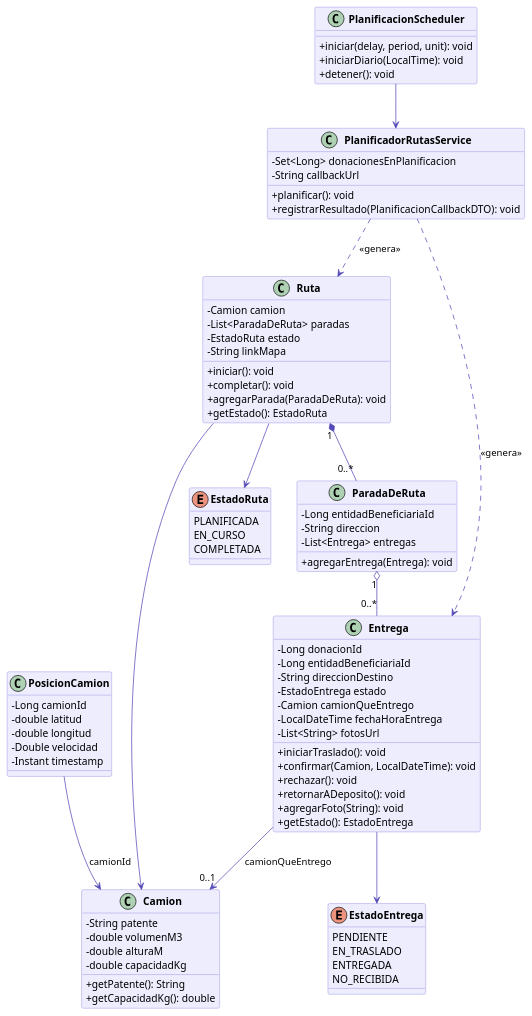
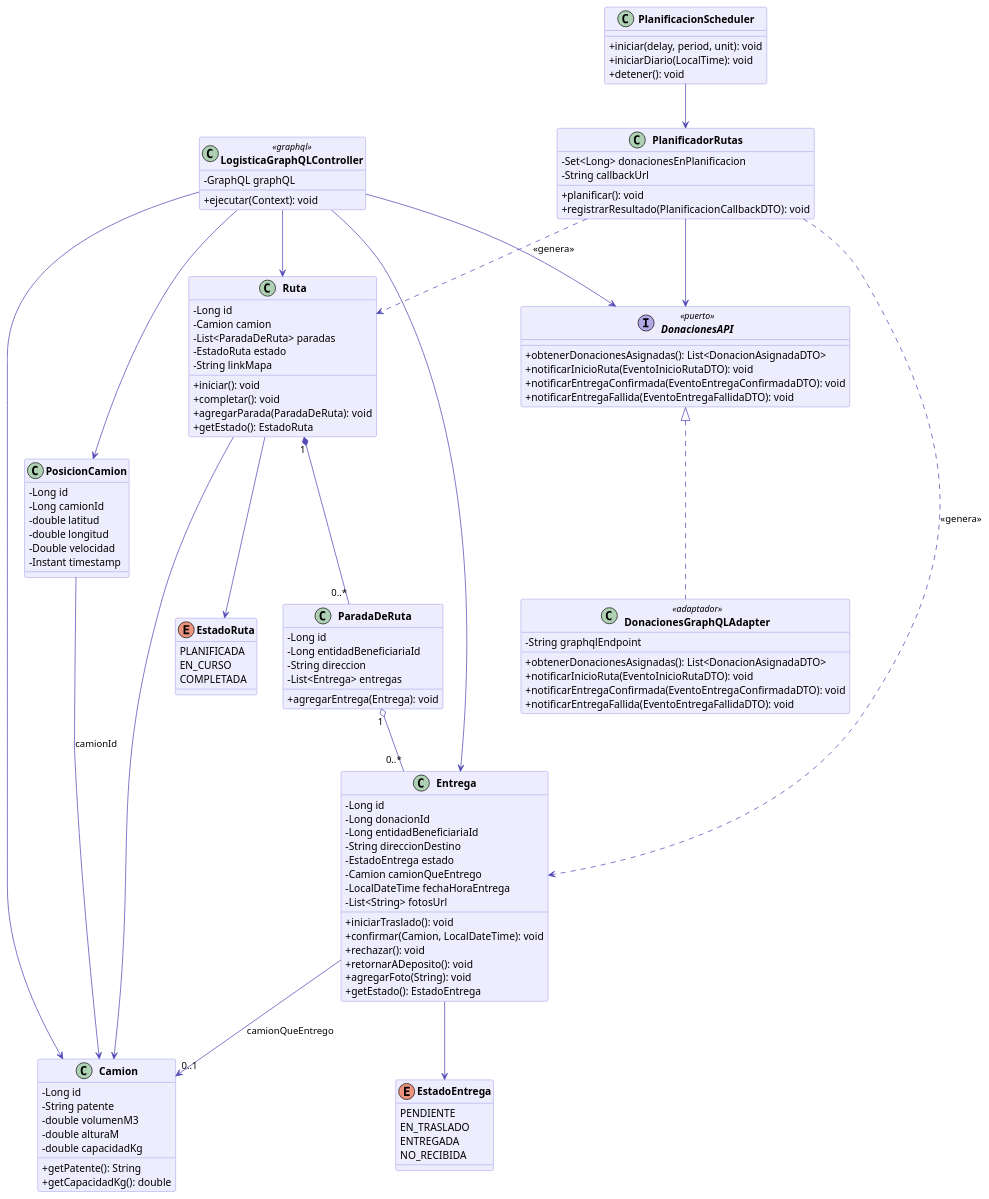
One commit to ConstanzaSerra/tpa-entrega-1 changed the diagram in docs/diagrama-clases-logistica.puml. Above: the diagram before and after it, drawn with PlantUML. The commit also changed 64 other files, not shown here.

```diff
--- a/docs/diagrama-clases-logistica.puml
+++ b/docs/diagrama-clases-logistica.puml
@@ -1,125 +1,158 @@
-@startuml DonaTrack - Diagrama de Clases - Logistica
+@startuml DonaTrack - Diagrama de Clases - Logistica (Entrega 4)
 
 skinparam classAttributeIconSize 0
 skinparam classFontStyle bold
 skinparam classBackgroundColor #EEEDFE
 skinparam classBorderColor #7F77DD
 skinparam classArrowColor #534AB7
 skinparam stereotypeCBackgroundColor #E1F5EE
 skinparam stereotypeABackgroundColor #FAEEDA
 skinparam noteBackgroundColor #FAEEDA
 skinparam noteBorderColor #BA7517
 
 ' ─────────────────────────────────────────
 '  CAMIONES
 ' ─────────────────────────────────────────
 
 class Camion {
+  - Long id
   - String patente
   - double volumenM3
   - double alturaM
   - double capacidadKg
   + getPatente(): String
   + getCapacidadKg(): double
 }
 
 class PosicionCamion {
+  - Long id
   - Long camionId
   - double latitud
   - double longitud
   - Double velocidad
   - Instant timestamp
 }
 
 ' ─────────────────────────────────────────
 '  RUTAS
 ' ─────────────────────────────────────────
 
 class Ruta {
+  - Long id
   - Camion camion
   - List<ParadaDeRuta> paradas
   - EstadoRuta estado
   - String linkMapa
   + iniciar(): void
   + completar(): void
   + agregarParada(ParadaDeRuta): void
   + getEstado(): EstadoRuta
 }
 
 enum EstadoRuta {
   PLANIFICADA
   EN_CURSO
   COMPLETADA
 }
 
 class ParadaDeRuta {
+  - Long id
   - Long entidadBeneficiariaId
   - String direccion
   - List<Entrega> entregas
   + agregarEntrega(Entrega): void
 }
 
 ' ─────────────────────────────────────────
 '  ENTREGAS
 ' ─────────────────────────────────────────
 
 class Entrega {
+  - Long id
   - Long donacionId
   - Long entidadBeneficiariaId
   - String direccionDestino
   - EstadoEntrega estado
   - Camion camionQueEntrego
   - LocalDateTime fechaHoraEntrega
   - List<String> fotosUrl
   + iniciarTraslado(): void
   + confirmar(Camion, LocalDateTime): void
   + rechazar(): void
   + retornarADeposito(): void
   + agregarFoto(String): void
   + getEstado(): EstadoEntrega
 }
 
 enum EstadoEntrega {
   PENDIENTE
   EN_TRASLADO
   ENTREGADA
   NO_RECIBIDA
 }
 
 ' ─────────────────────────────────────────
-'  PLANIFICACION DE RUTAS
+'  PLANIFICACION E INTEGRACION GRAPHQL (Entrega 4)
 ' ─────────────────────────────────────────
 
-class PlanificadorRutasService {
+interface DonacionesAPI <<puerto>> {
+  + obtenerDonacionesAsignadas(): List<DonacionAsignadaDTO>
+  + notificarInicioRuta(EventoInicioRutaDTO): void
+  + notificarEntregaConfirmada(EventoEntregaConfirmadaDTO): void
+  + notificarEntregaFallida(EventoEntregaFallidaDTO): void
+}
+
+class DonacionesGraphQLAdapter <<adaptador>> {
+  - String graphqlEndpoint
+  + obtenerDonacionesAsignadas(): List<DonacionAsignadaDTO>
+  + notificarInicioRuta(EventoInicioRutaDTO): void
+  + notificarEntregaConfirmada(EventoEntregaConfirmadaDTO): void
+  + notificarEntregaFallida(EventoEntregaFallidaDTO): void
+}
+
+class LogisticaGraphQLController <<graphql>> {
+  - GraphQL graphQL
+  + ejecutar(Context): void
+}
+
+class PlanificadorRutas {
   - Set<Long> donacionesEnPlanificacion
   - String callbackUrl
   + planificar(): void
   + registrarResultado(PlanificacionCallbackDTO): void
 }
 
 class PlanificacionScheduler {
   + iniciar(delay, period, unit): void
   + iniciarDiario(LocalTime): void
   + detener(): void
 }
 
 ' ─────────────────────────────────────────
 '  RELACIONES
 ' ─────────────────────────────────────────
 
 Ruta --> Camion
 Ruta --> EstadoRuta
 Ruta "1" *-- "0..*" ParadaDeRuta
 
 ParadaDeRuta "1" o-- "0..*" Entrega
 
 Entrega --> EstadoEntrega
 Entrega --> "0..1" Camion : camionQueEntrego
 
 PosicionCamion --> Camion : camionId
 
-PlanificacionScheduler --> PlanificadorRutasService
-PlanificadorRutasService ..> Ruta : <<genera>>
-PlanificadorRutasService ..> Entrega : <<genera>>
+DonacionesAPI <|.. DonacionesGraphQLAdapter
+PlanificadorRutas --> DonacionesAPI
+LogisticaGraphQLController --> Camion
+LogisticaGraphQLController --> Entrega
+LogisticaGraphQLController --> Ruta
+LogisticaGraphQLController --> PosicionCamion
+LogisticaGraphQLController --> DonacionesAPI
+
+PlanificacionScheduler --> PlanificadorRutas
+PlanificadorRutas ..> Ruta : <<genera>>
+PlanificadorRutas ..> Entrega : <<genera>>
 
 @enduml
```
